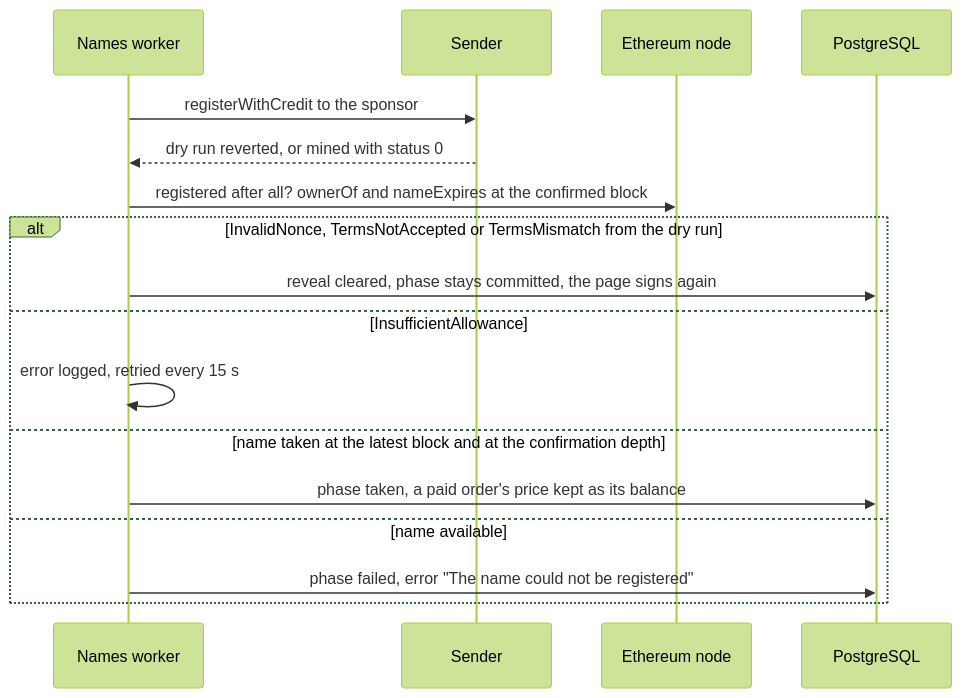
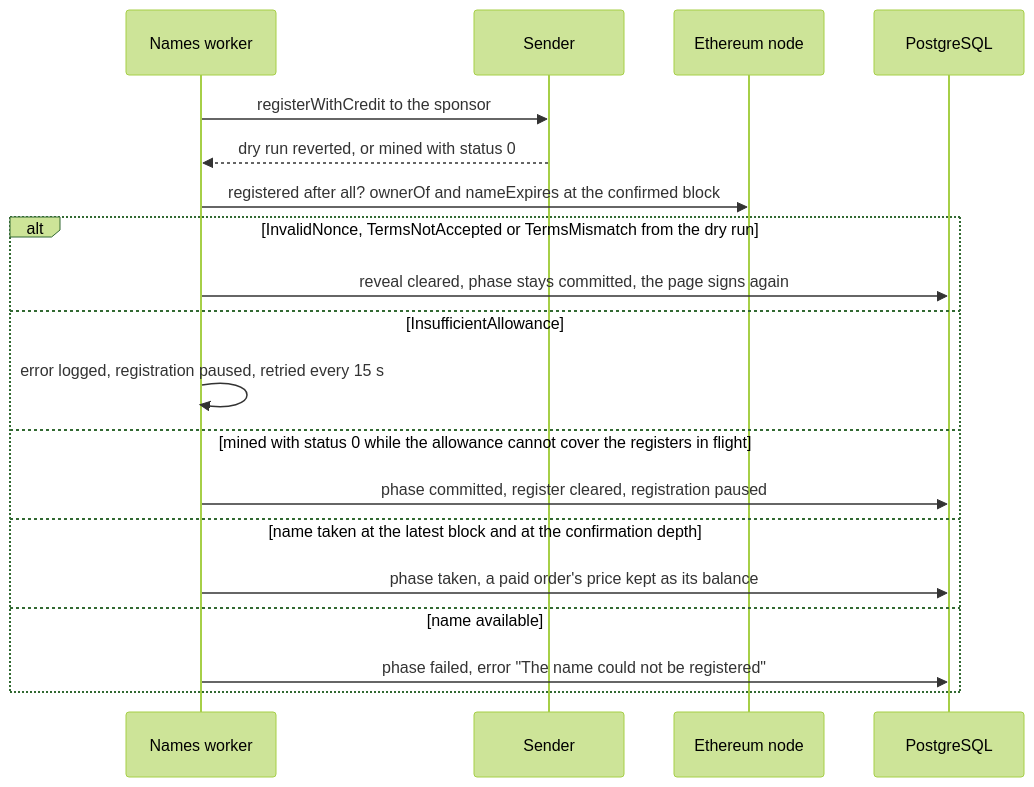
The sixth of 13 diagrams in apps/simplex-store-service/docs/names.md (simplex-chat/simplex-chat), drawn with Mermaid (forest theme) before and after one commit. The commit also changed other lines of this file and 18 other files, not shown here.

Commit message:
store: commit queued names only while the allowance covers them

````diff
--- a/apps/simplex-store-service/docs/names.md
+++ b/apps/simplex-store-service/docs/names.md
@@ -337,19 +338,21 @@
 ```mermaid
 sequenceDiagram
   participant K as Names worker
   participant S as Sender
   participant E as Ethereum node
   participant D as PostgreSQL
   K->>S: registerWithCredit to the sponsor
   S-->>K: dry run reverted, or mined with status 0
   K->>E: registered after all? ownerOf and nameExpires at the confirmed block
   alt InvalidNonce, TermsNotAccepted or TermsMismatch from the dry run
     K->>D: reveal cleared, phase stays committed, the page signs again
   else InsufficientAllowance
-    K->>K: error logged, retried every 15 s
+    K->>K: error logged, registration paused, retried every 15 s
+  else mined with status 0 while the allowance cannot cover the registers in flight
+    K->>D: phase committed, register cleared, registration paused
   else name taken at the latest block and at the confirmation depth
     K->>D: phase taken, a paid order's price kept as its balance
   else name available
     K->>D: phase failed, error "The name could not be registered"
   end
 ```
````
